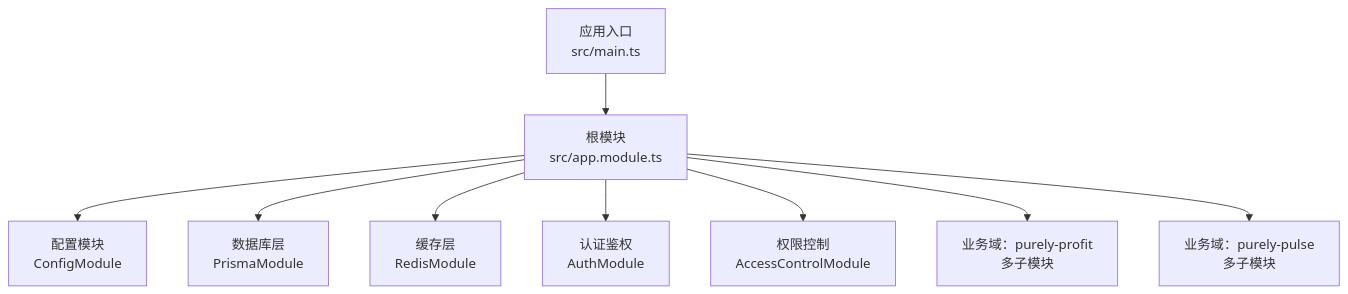
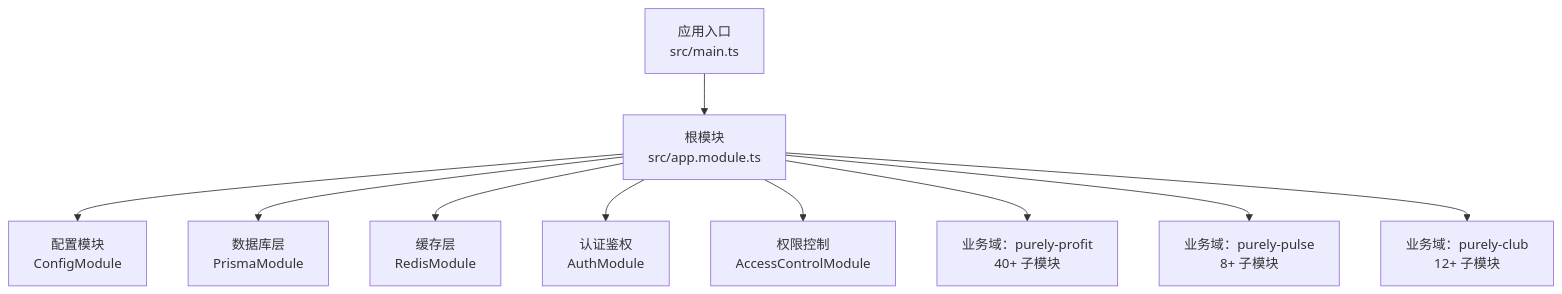
The first of 4 diagrams in .qoder/repowiki/zh/content/架构设计/模块化设计.md (rc558620/purelyprofit-server), drawn with Mermaid before and after one commit. The commit also changed other lines of this file and 534 other files, not shown here.

````diff
--- a/.qoder/repowiki/zh/content/架构设计/模块化设计.md
+++ b/.qoder/repowiki/zh/content/架构设计/模块化设计.md
@@ -34,11 +36,12 @@
 ```mermaid
 graph TB
 A["应用入口<br/>src/main.ts"] --> B["根模块<br/>src/app.module.ts"]
 B --> C["配置模块<br/>ConfigModule"]
 B --> D["数据库层<br/>PrismaModule"]
 B --> E["缓存层<br/>RedisModule"]
 B --> F["认证鉴权<br/>AuthModule"]
 B --> G["权限控制<br/>AccessControlModule"]
-B --> H["业务域：purely-profit<br/>多子模块"]
-B --> I["业务域：purely-pulse<br/>多子模块"]
+B --> H["业务域：purely-profit<br/>40+ 子模块"]
+B --> I["业务域：purely-pulse<br/>8+ 子模块"]
+B --> J["业务域：purely-club<br/>12+ 子模块"]
 ```
````
